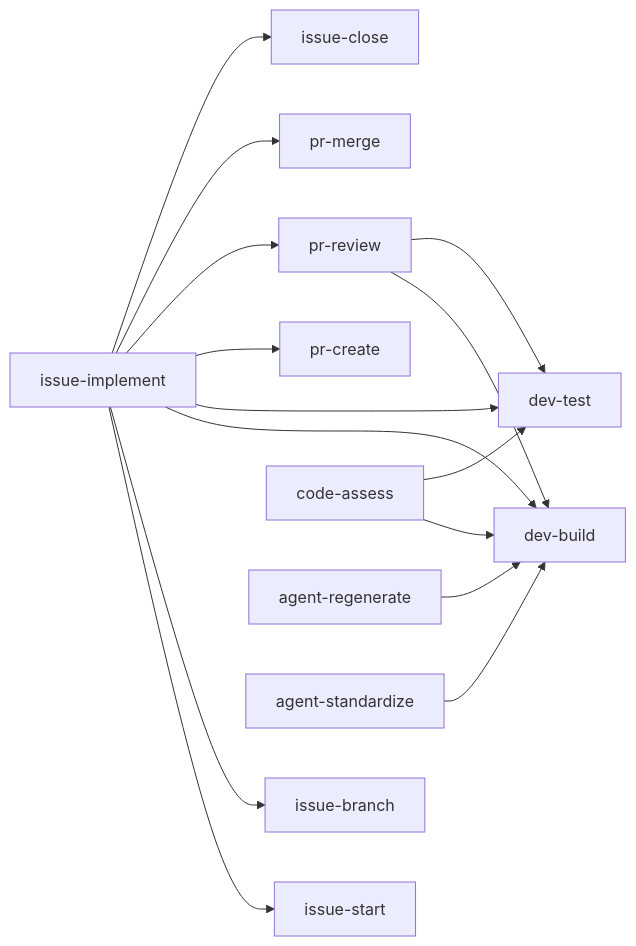
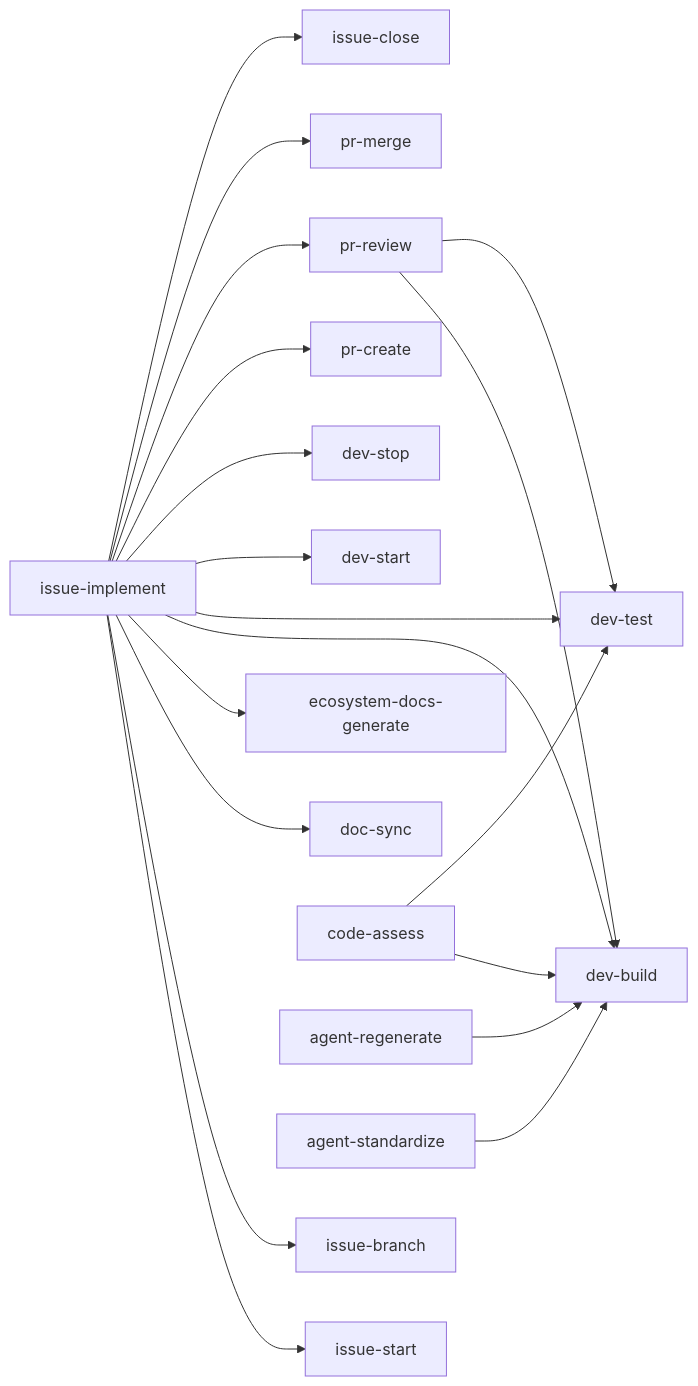
Before and after one commit to ashitaka-emishi/lob-online: the second of 2 diagrams in docs/claude-ecosystem/network-diagram.md, drawn with Mermaid. The commit also changed other lines of this file and 20 other files, not shown here.

````diff
--- a/docs/claude-ecosystem/network-diagram.md
+++ b/docs/claude-ecosystem/network-diagram.md
@@ -70,20 +71,24 @@
 ```mermaid
 graph LR
   issue-implement --> issue-start
   issue-implement --> issue-branch
+  issue-implement --> doc-sync
+  issue-implement --> ecosystem-docs-generate
   issue-implement --> dev-build
   issue-implement --> dev-test
+  issue-implement --> dev-start
+  issue-implement --> dev-stop
   issue-implement --> pr-create
   issue-implement --> pr-review
   issue-implement --> pr-merge
   issue-implement --> issue-close
 
   pr-review --> dev-build
   pr-review --> dev-test
 
   code-assess --> dev-build
   code-assess --> dev-test
 
   agent-regenerate --> dev-build
   agent-standardize --> dev-build
 ```
````
